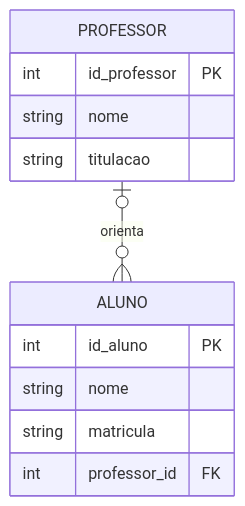
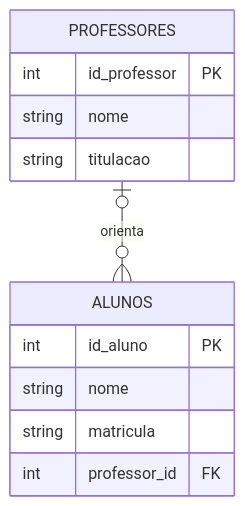
Diagram 12 of 13 in docs/aulas/Aula_03_Relacionamentos_Cardinalidade.md (GTI-Fatec-Jahu/BDA-GTI-2026-2), drawn with Mermaid before and after one commit. The commit also changed other lines of this file and 5 other files, not shown here.

````diff
--- a/docs/aulas/Aula_03_Relacionamentos_Cardinalidade.md
+++ b/docs/aulas/Aula_03_Relacionamentos_Cardinalidade.md
@@ -825,15 +825,15 @@
 ```mermaid
 erDiagram
-    PROFESSOR {
+    PROFESSORES {
         int id_professor PK
         string nome
         string titulacao
     }
-    ALUNO {
+    ALUNOS {
         int id_aluno PK
         string nome
         string matricula
         int professor_id FK
     }
-    PROFESSOR |o--o{ ALUNO : "orienta"
+    PROFESSORES |o--o{ ALUNOS : "orienta"
 ```
````
